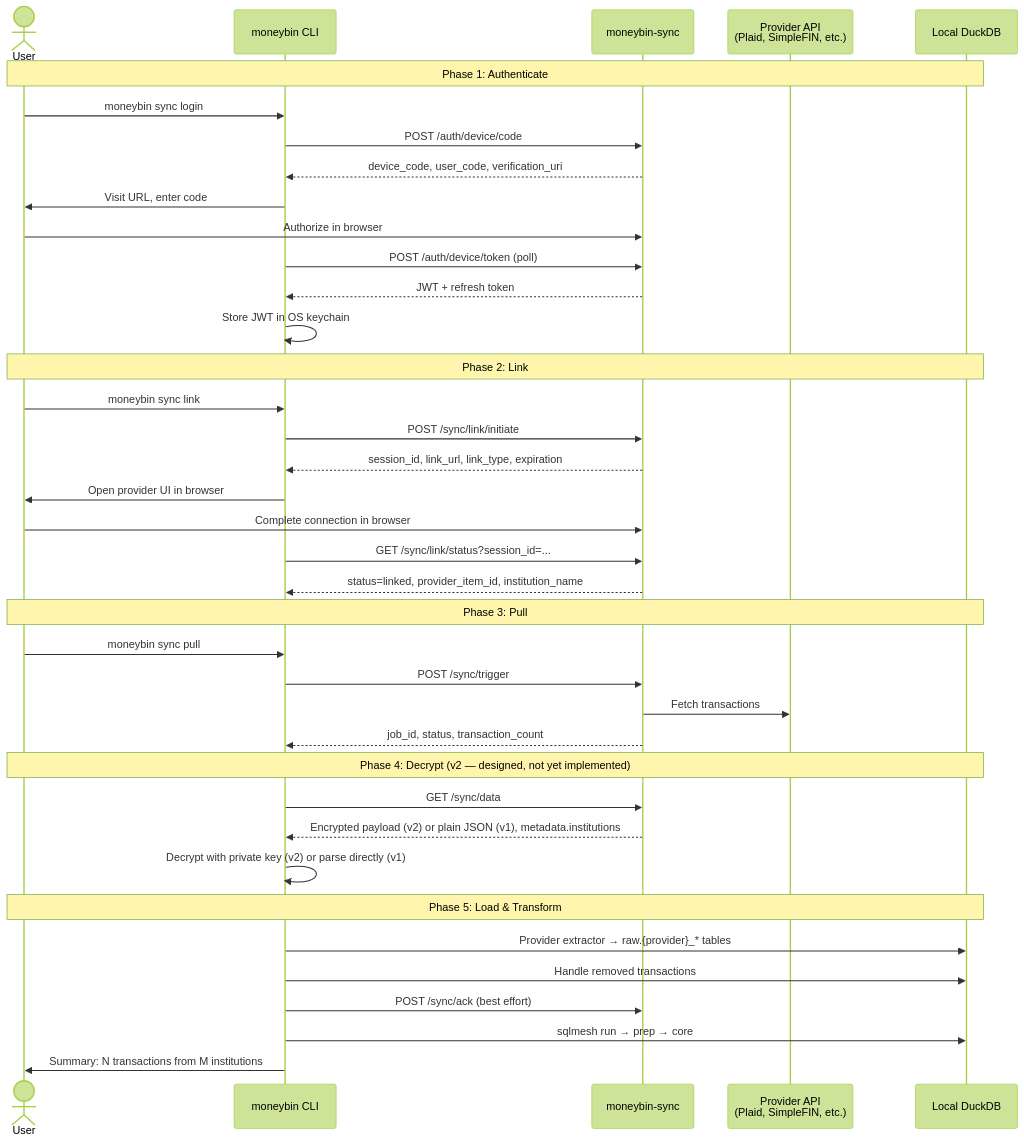
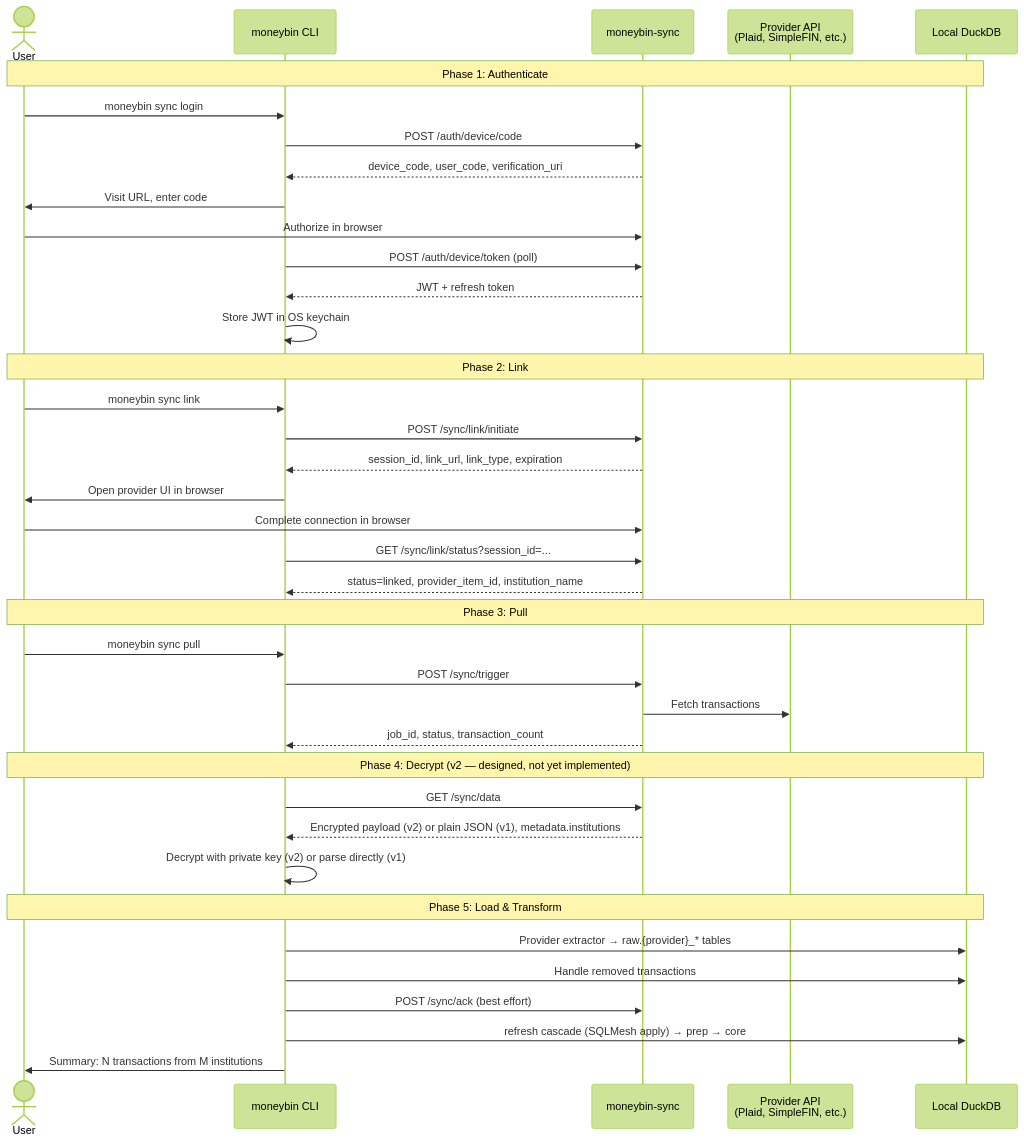
The first of 2 diagrams in docs/specs/sync-overview.md (bsaffel/moneybin), drawn with Mermaid (forest theme) before and after one commit. The commit also changed other lines of this file and 3 other files, not shown here.

````diff
--- a/docs/specs/sync-overview.md
+++ b/docs/specs/sync-overview.md
@@ -68,45 +68,45 @@
 ```mermaid
 sequenceDiagram
     actor User
     participant CLI as moneybin CLI
     participant Server as moneybin-sync
     participant Provider as Provider API<br/>(Plaid, SimpleFIN, etc.)
     participant DB as Local DuckDB
 
     Note over User,DB: Phase 1: Authenticate
     User->>CLI: moneybin sync login
     CLI->>Server: POST /auth/device/code
     Server-->>CLI: device_code, user_code, verification_uri
     CLI->>User: Visit URL, enter code
     User->>Server: Authorize in browser
     CLI->>Server: POST /auth/device/token (poll)
     Server-->>CLI: JWT + refresh token
     CLI->>CLI: Store JWT in OS keychain
 
     Note over User,DB: Phase 2: Link
     User->>CLI: moneybin sync link
     CLI->>Server: POST /sync/link/initiate
     Server-->>CLI: session_id, link_url, link_type, expiration
     CLI->>User: Open provider UI in browser
     User->>Server: Complete connection in browser
     CLI->>Server: GET /sync/link/status?session_id=...
     Server-->>CLI: status=linked, provider_item_id, institution_name
 
     Note over User,DB: Phase 3: Pull
     User->>CLI: moneybin sync pull
     CLI->>Server: POST /sync/trigger
     Server->>Provider: Fetch transactions
     Server-->>CLI: job_id, status, transaction_count
 
     Note over User,DB: Phase 4: Decrypt (v2 — designed, not yet implemented)
     CLI->>Server: GET /sync/data
     Server-->>CLI: Encrypted payload (v2) or plain JSON (v1), metadata.institutions
     CLI->>CLI: Decrypt with private key (v2) or parse directly (v1)
 
     Note over User,DB: Phase 5: Load & Transform
     CLI->>DB: Provider extractor → raw.{provider}_* tables
     CLI->>DB: Handle removed transactions
     CLI->>Server: POST /sync/ack (best effort)
-    CLI->>DB: sqlmesh run → prep → core
+    CLI->>DB: refresh cascade (SQLMesh apply) → prep → core
     CLI->>User: Summary: N transactions from M institutions
 ```
````
